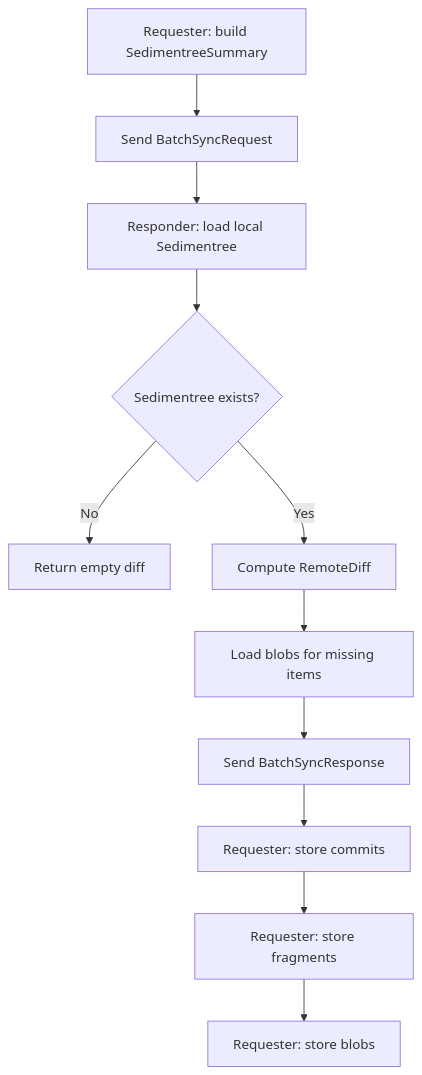
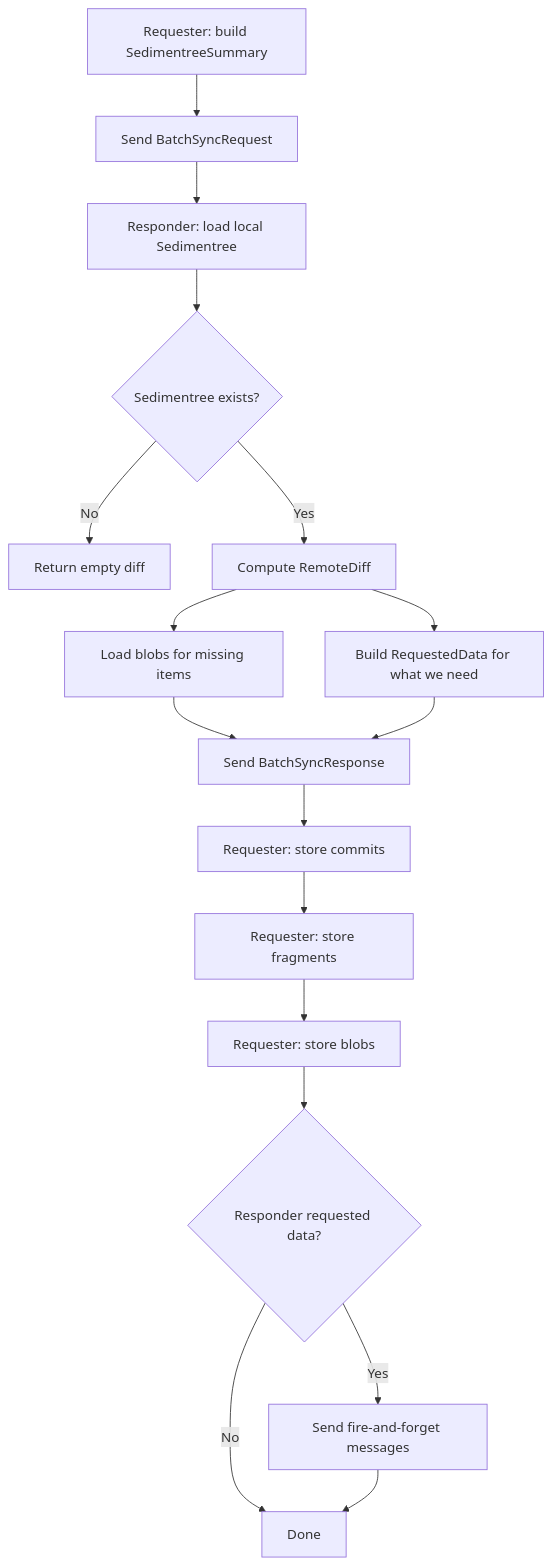
The second of 3 diagrams in design/sync/batch.md (inkandswitch/subduction), drawn with Mermaid before and after one commit. The commit also changed other lines of this file and 72 other files, not shown here.

````diff
--- a/design/sync/batch.md
+++ b/design/sync/batch.md
@@ -68,13 +81,19 @@
 ```mermaid
 flowchart TD
     A[Requester: build SedimentreeSummary] --> B[Send BatchSyncRequest]
     B --> C[Responder: load local Sedimentree]
     C --> D{Sedimentree exists?}
     D -->|No| E[Return empty diff]
     D -->|Yes| F[Compute RemoteDiff]
     F --> G[Load blobs for missing items]
+    F --> G2[Build RequestedData for what we need]
     G --> H[Send BatchSyncResponse]
+    G2 --> H
     H --> I[Requester: store commits]
     I --> J[Requester: store fragments]
     J --> K[Requester: store blobs]
+    K --> L{Responder requested data?}
+    L -->|Yes| M[Send fire-and-forget messages]
+    L -->|No| N[Done]
+    M --> N
 ```
````
